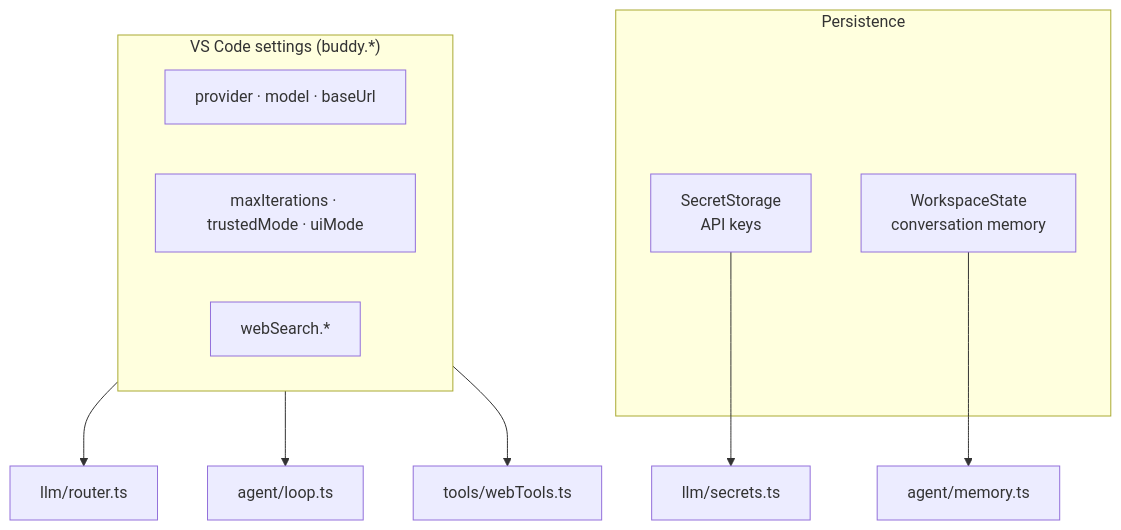
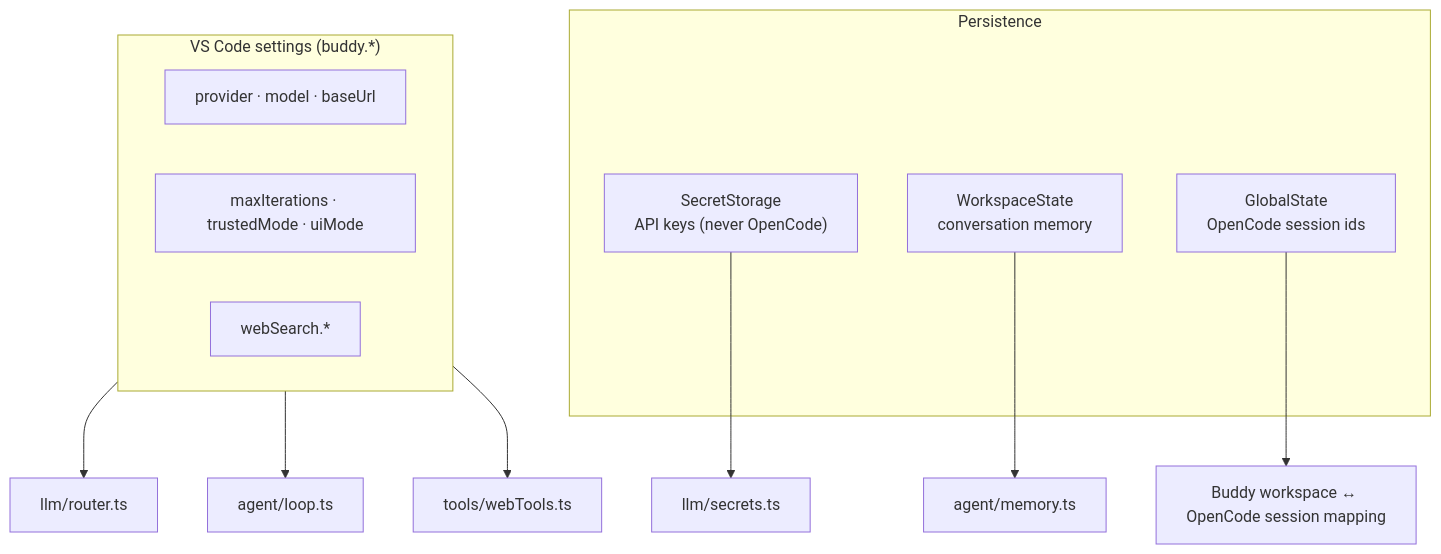
Before and after one commit to ishankrs/Buddy: the fourth of 5 diagrams in docs/ARCHITECTURE.md, drawn with Mermaid. The commit also changed other lines of this file and 30 other files, not shown here.

First line of the commit message:
Replace direct OpenCode API integration with local ACP backend

````diff
--- a/docs/ARCHITECTURE.md
+++ b/docs/ARCHITECTURE.md
@@ -173,19 +176,21 @@
 ```mermaid
 flowchart TB
     subgraph Config["VS Code settings (buddy.*)"]
         Provider["provider · model · baseUrl"]
         Agent["maxIterations · trustedMode · uiMode"]
         WebCfg["webSearch.*"]
     end
 
     subgraph Persist["Persistence"]
-        SS["SecretStorage<br/>API keys"]
+        SS["SecretStorage<br/>API keys (never OpenCode)"]
         WSState["WorkspaceState<br/>conversation memory"]
+        GS["GlobalState<br/>OpenCode session ids"]
     end
 
     Config --> LlmRouter["llm/router.ts"]
     Config --> Loop["agent/loop.ts"]
     Config --> WebTools["tools/webTools.ts"]
     SS --> Secrets["llm/secrets.ts"]
     WSState --> Memory["agent/memory.ts"]
+    GS --> OCMap["Buddy workspace ↔ OpenCode session mapping"]
 ```
````
